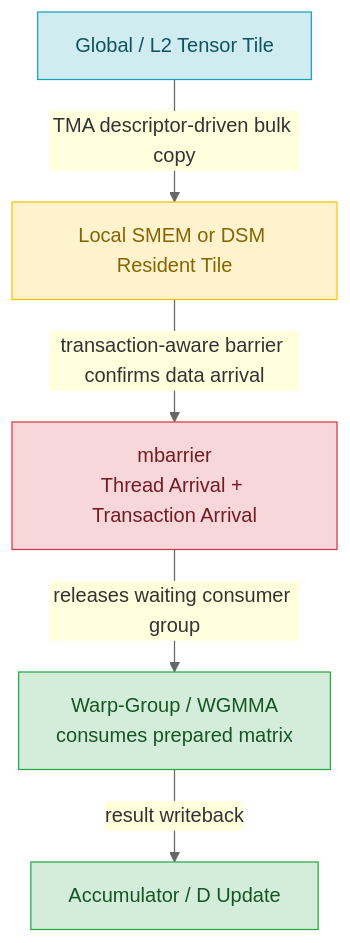
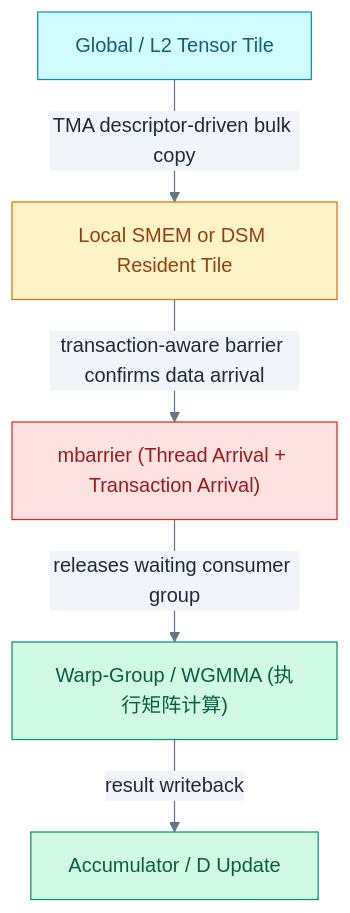
The eighth of 12 diagrams in LLM/NVIDIA-GPU架构演进与LLM.md (swjtuer326/cs-learning-notes), drawn with Mermaid before and after one commit. The commit also changed other lines of this file and 10 other files, not shown here.

````diff
--- a/LLM/NVIDIA-GPU架构演进与LLM.md
+++ b/LLM/NVIDIA-GPU架构演进与LLM.md
@@ -388,18 +561,18 @@
 ```mermaid
-%%{init: {"theme": "base", "themeVariables": {"primaryColor": "#ECECFF", "primaryTextColor": "#333333", "primaryBorderColor": "#9370DB", "lineColor": "#666666", "secondaryColor": "#ffffde", "secondaryBorderColor": "#aaaa33", "tertiaryColor": "#f0f0f0", "fontFamily": "\"trebuchet ms\", verdana, arial, sans-serif"}}}%%
+%%{init: {"theme": "base", "themeVariables": {"primaryColor": "#f8fafc", "primaryTextColor": "#1e293b", "primaryBorderColor": "#475569", "lineColor": "#64748b", "secondaryColor": "#f1f5f9", "secondaryBorderColor": "#94a3b8", "tertiaryColor": "#f8fafc", "fontFamily": "\"trebuchet ms\", verdana, arial, sans-serif"}}}%%
 flowchart TD
     GMEM["Global / L2 Tensor Tile"] -->|"TMA descriptor-driven bulk copy"| SMEM["Local SMEM or DSM Resident Tile"]
-    SMEM -->|"transaction-aware barrier confirms data arrival"| BAR["mbarrier\nThread Arrival + Transaction Arrival"]
-    BAR -->|"releases waiting consumer group"| WGMMA["Warp-Group / WGMMA\nconsumes prepared matrix"]
+    SMEM -->|"transaction-aware barrier confirms data arrival"| BAR["mbarrier (Thread Arrival + Transaction Arrival)"]
+    BAR -->|"releases waiting consumer group"| WGMMA["Warp-Group / WGMMA (执行矩阵计算)"]
     WGMMA -->|"result writeback"| ACC["Accumulator / D Update"]
 
-    classDef source fill:#d1ecf1,stroke:#17a2b8,color:#0c5460
-    classDef staging fill:#fff3cd,stroke:#ffc107,color:#856404
-    classDef sync fill:#f8d7da,stroke:#dc3545,color:#721c24
-    classDef consume fill:#d4edda,stroke:#28a745,color:#155724
+    classDef source fill:#cffafe,stroke:#0891b2,color:#155e75
+    classDef staging fill:#fef3c7,stroke:#d97706,color:#92400e
+    classDef sync fill:#fee2e2,stroke:#dc2626,color:#991b1b
+    classDef consume fill:#d1fae5,stroke:#059669,color:#065f46
 
     class GMEM source
     class SMEM staging
     class BAR sync
     class WGMMA,ACC consume
 ```
````
